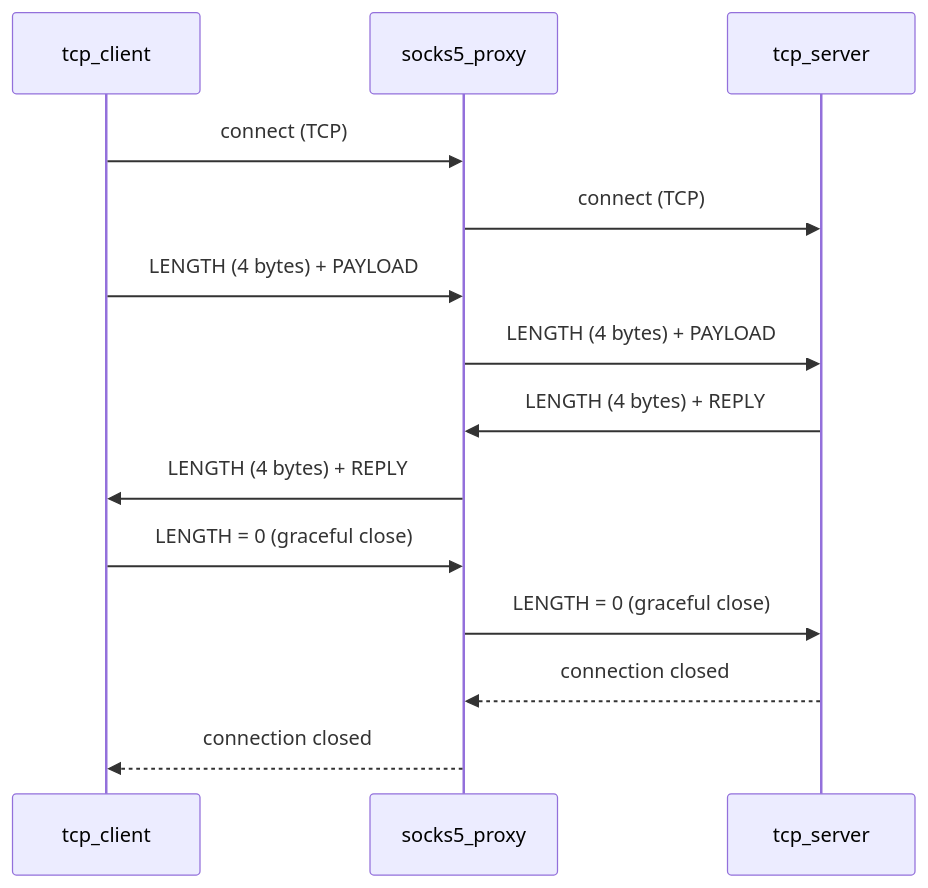
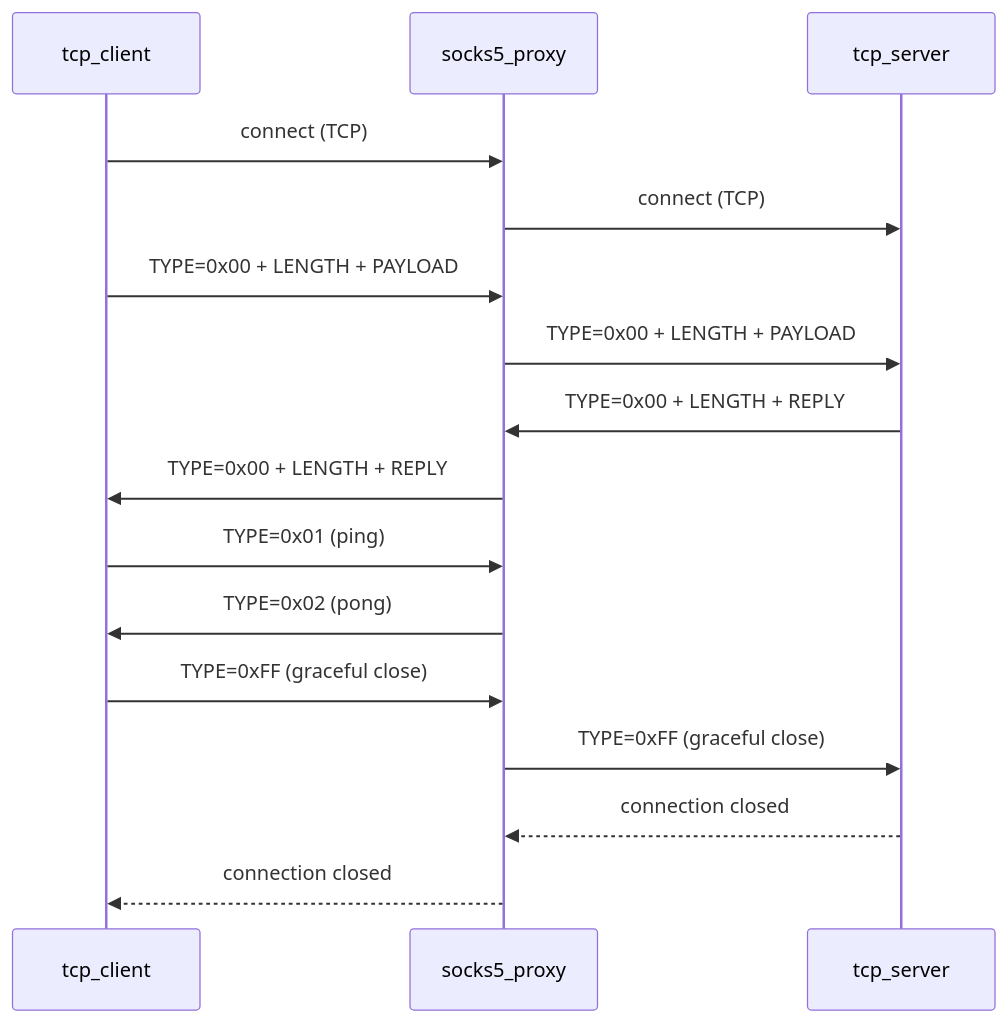
Before and after one commit to kumestra/vibe-flow: the diagram in docs/project/02-app-protocol.md, drawn with Mermaid. The commit also changed other lines of this file, not shown here.

First line of the commit message:
Redesign app protocol with TYPE field and heartbeat

````diff
--- a/docs/project/02-app-protocol.md
+++ b/docs/project/02-app-protocol.md
@@ -166,20 +188,23 @@
 ```mermaid
 sequenceDiagram
     participant C as tcp_client
     participant P as socks5_proxy
     participant S as tcp_server
 
     C->>P: connect (TCP)
     P->>S: connect (TCP)
 
-    C->>P: LENGTH (4 bytes) + PAYLOAD
-    P->>S: LENGTH (4 bytes) + PAYLOAD
+    C->>P: TYPE=0x00 + LENGTH + PAYLOAD
+    P->>S: TYPE=0x00 + LENGTH + PAYLOAD
 
-    S->>P: LENGTH (4 bytes) + REPLY
-    P->>C: LENGTH (4 bytes) + REPLY
+    S->>P: TYPE=0x00 + LENGTH + REPLY
+    P->>C: TYPE=0x00 + LENGTH + REPLY
 
-    C->>P: LENGTH = 0 (graceful close)
-    P->>S: LENGTH = 0 (graceful close)
+    C->>P: TYPE=0x01 (ping)
+    P->>C: TYPE=0x02 (pong)
+
+    C->>P: TYPE=0xFF (graceful close)
+    P->>S: TYPE=0xFF (graceful close)
     S-->>P: connection closed
     P-->>C: connection closed
 ```
````
